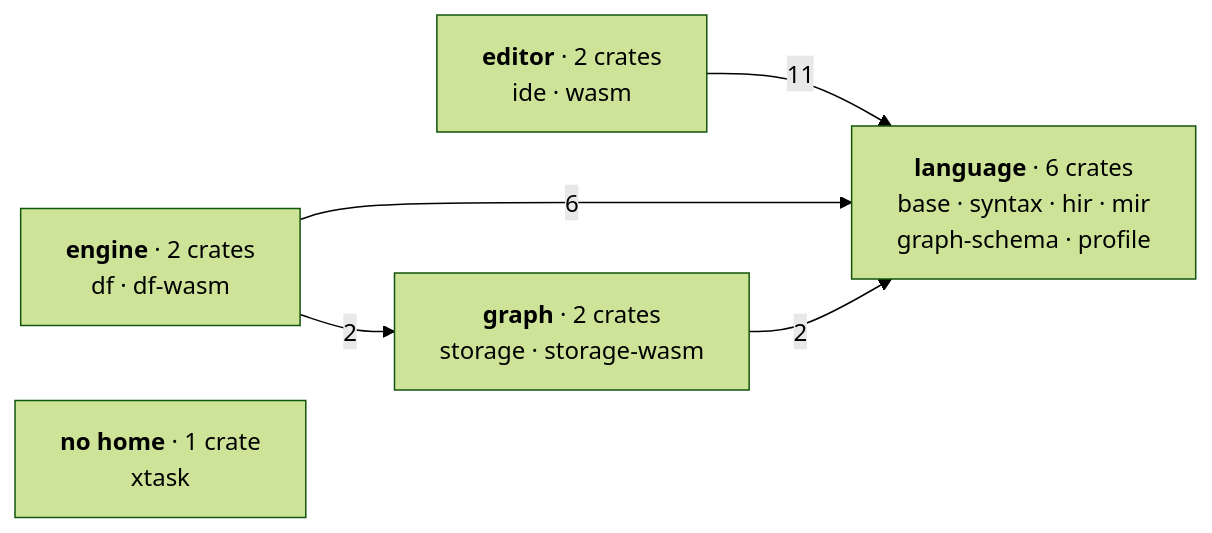
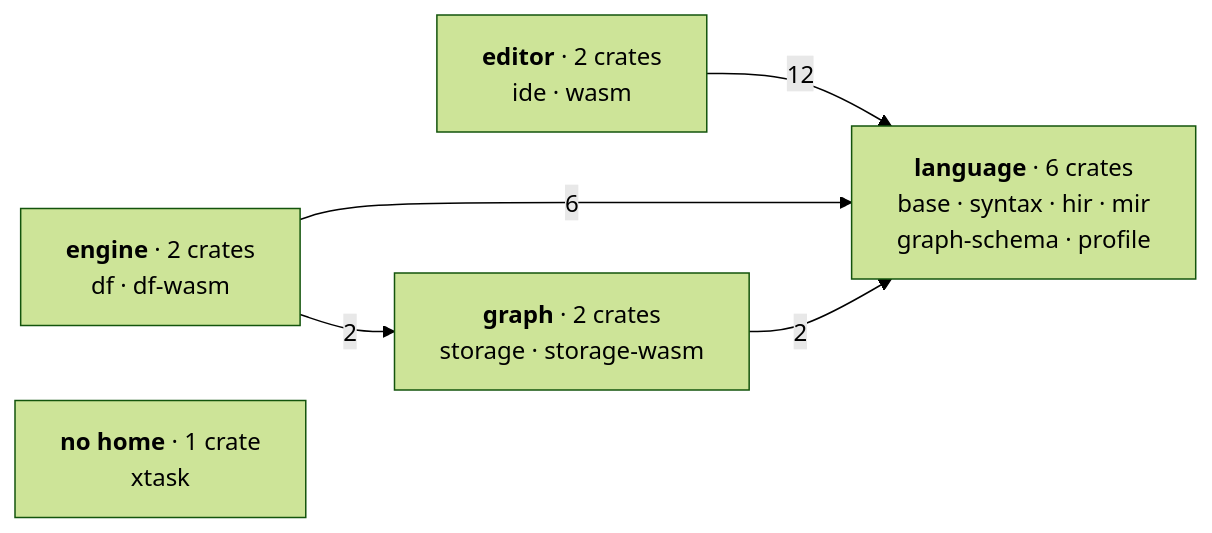
One commit to Kanzo-Tech/fossil-lang changed the diagram in docs/content/docs/(root)/architecture.mdx. Above: the diagram before and after it, drawn with Mermaid (forest theme). The commit also changed other lines of this file and 21 other files, not shown here.

````diff
--- a/docs/content/docs/(root)/architecture.mdx
+++ b/docs/content/docs/(root)/architecture.mdx
@@ -91,13 +91,13 @@
 ```mermaid
 graph LR
   L["<b>language</b> · 6 crates<br/>base · syntax · hir · mir<br/>graph-schema · profile"]
   E["<b>editor</b> · 2 crates<br/>ide · wasm"]
   M["<b>engine</b> · 2 crates<br/>df · df-wasm"]
   C["<b>graph</b> · 2 crates<br/>storage · storage-wasm"]
   X["<b>no home</b> · 1 crate<br/>xtask"]
 
-  E -->|11| L
+  E -->|12| L
   M -->|6| L
   M -->|2| C
   C -->|2| L
 ```
````
